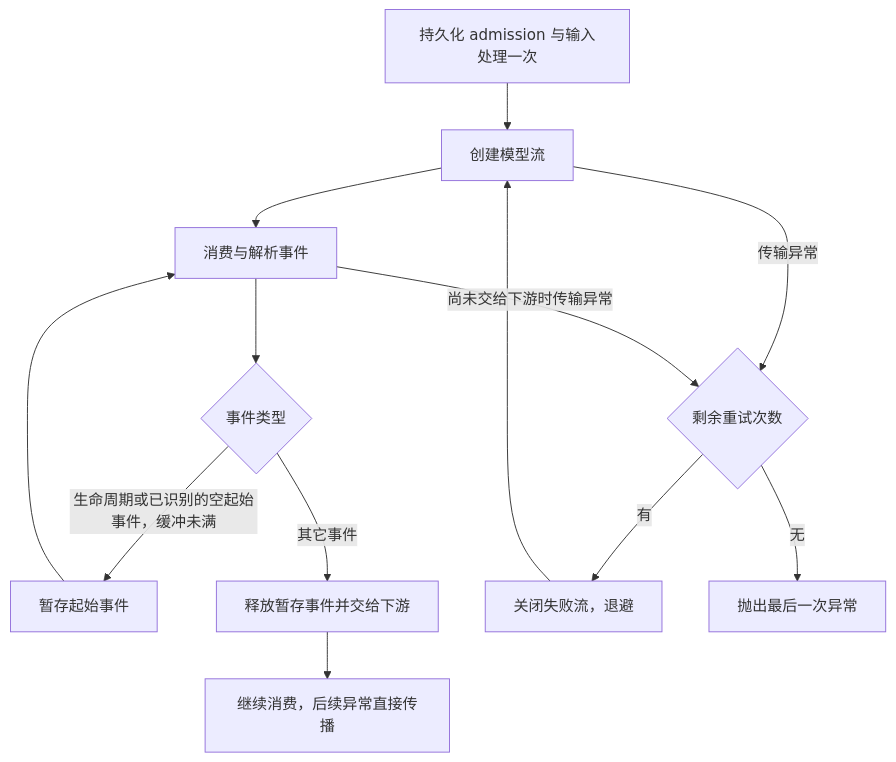
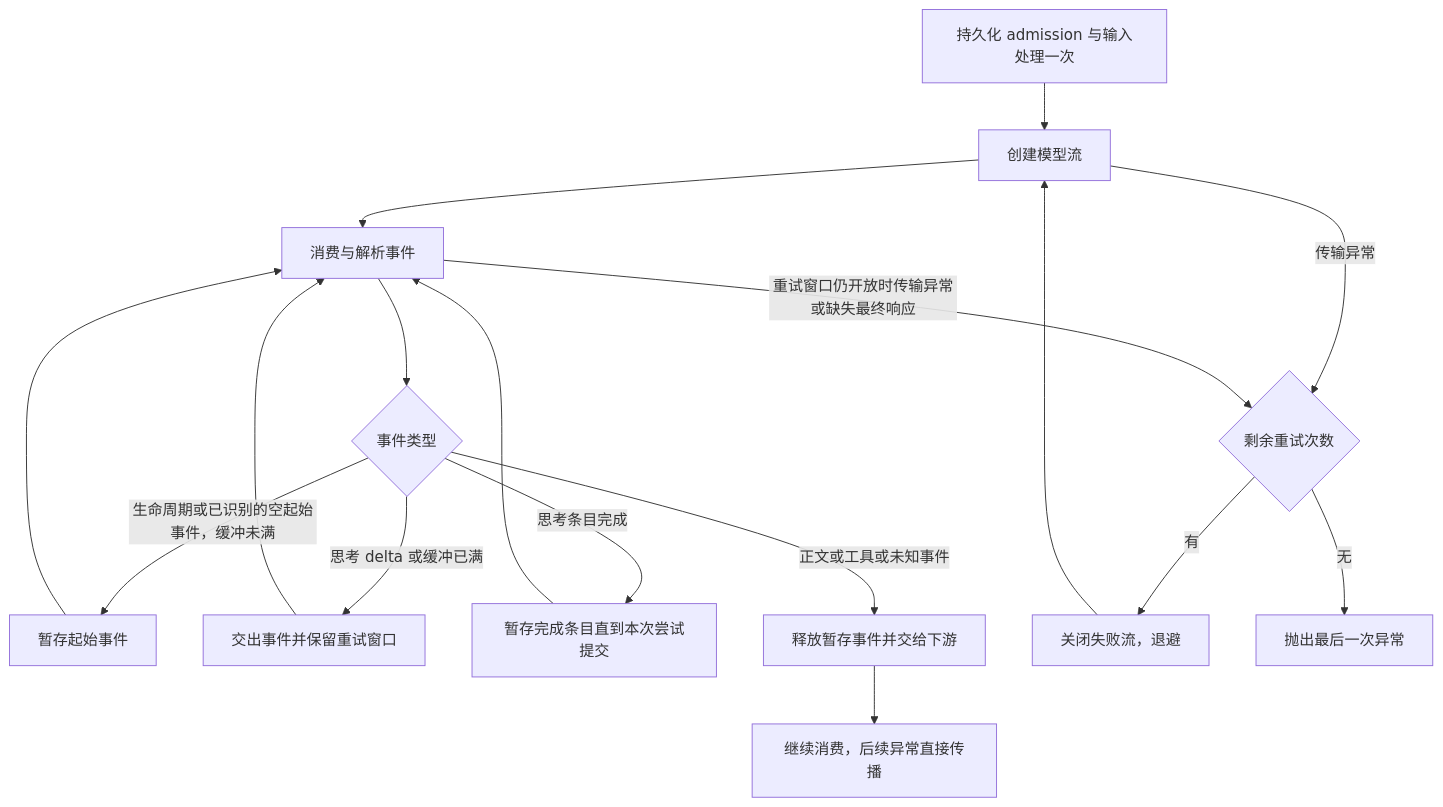
The diagram in docs/wiki/17_provider-routing-retries.md (liauto-siada/siada-cli), drawn with Mermaid before and after one commit. The commit also changed other lines of this file and 1 other file, not shown here.

````diff
--- a/docs/wiki/17_provider-routing-retries.md
+++ b/docs/wiki/17_provider-routing-retries.md
@@ -80,15 +80,19 @@
 ```mermaid
 flowchart TD
     A[持久化 admission 与输入处理一次] --> B[创建模型流]
     B --> C[消费与解析事件]
     C --> D{事件类型}
     D -->|生命周期或已识别的空起始事件，缓冲未满| E[暂存起始事件]
     E --> C
-    D -->|其它事件| F[释放暂存事件并交给下游]
+    D -->|思考 delta 或缓冲已满| K[交出事件并保留重试窗口]
+    K --> C
+    D -->|思考条目完成| L[暂存完成条目直到本次尝试提交]
+    L --> C
+    D -->|正文或工具或未知事件| F[释放暂存事件并交给下游]
     F --> G[继续消费，后续异常直接传播]
     B -->|传输异常| H{剩余重试次数}
-    C -->|尚未交给下游时传输异常| H
+    C -->|重试窗口仍开放时传输异常或缺失最终响应| H
     H -->|有| I[关闭失败流，退避]
     I --> B
     H -->|无| J[抛出最后一次异常]
 ```
````
